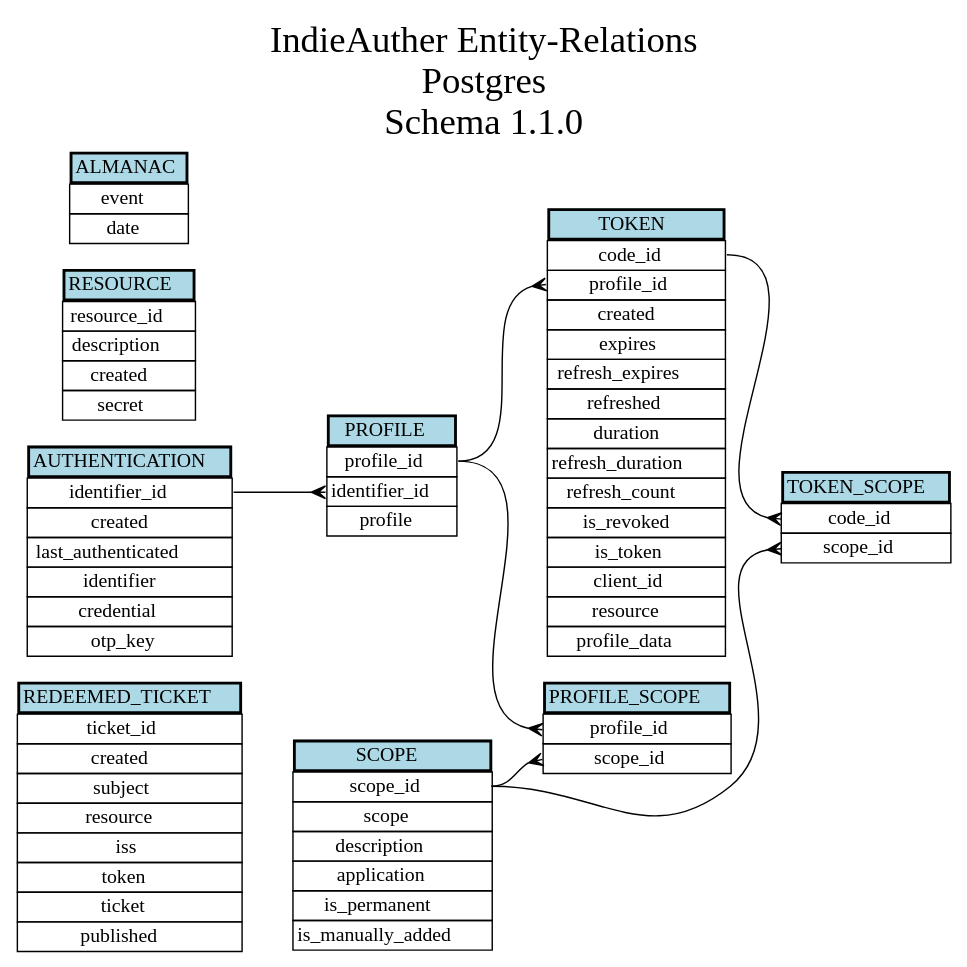
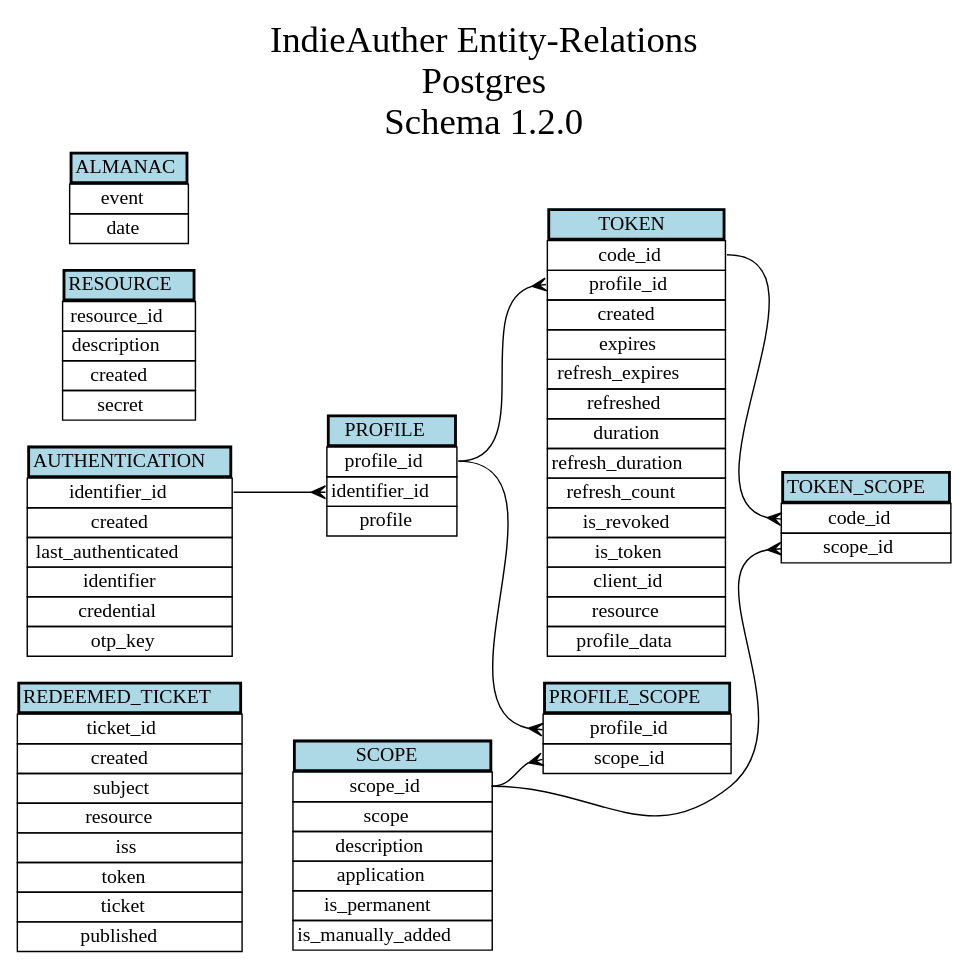
One commit to thylacine/indie-auther changed the diagram in src/db/postgres/sql/schema/1.2.0/er.dot. Above: the diagram before and after it, drawn with Graphviz. The commit also changed 3 other files, not shown here.

Commit message:
fix latest db schema erd version

```diff
--- a/src/db/postgres/sql/schema/1.2.0/er.dot
+++ b/src/db/postgres/sql/schema/1.2.0/er.dot
@@ -1,121 +1,121 @@
 digraph indieAutherERD {
 	graph[
 		rankdir=LR,
 		overlap=false,
 		splines=true,
-		label="IndieAuther Entity-Relations\nPostgres\nSchema 1.1.0",
+		label="IndieAuther Entity-Relations\nPostgres\nSchema 1.2.0",
 		labelloc="t",
 		fontsize=26,
 	];
 	// layout=neato;
 	node[shape=plain];
 	edge[arrowhead=crow];
 
 	redeemed_ticket [label=<
 	<table cellspacing="0" cellborder="1" border="0">
 		<tr><td border="2" bgcolor="lightblue">REDEEMED_TICKET</td></tr>
 		<tr><td port="pk_ticket_id">ticket_id</td></tr>
 		<tr><td port="">created</td></tr>
 		<tr><td port="">subject</td></tr>
 		<tr><td port="">resource</td></tr>
 		<tr><td port="">iss</td></tr>
 		<tr><td port="">token</td></tr>
 		<tr><td port="">ticket</td></tr>
 		<tr><td port="">published</td></tr>
 	</table>
 	>]
 
 	token [label=<
 	<table cellspacing="0" cellborder="1" border="0">
 		<tr><td border="2" bgcolor="lightblue">TOKEN</td></tr>
 		<tr><td port="pk_code_id">code_id</td></tr>
 		<tr><td port="fk_profile_id">profile_id</td></tr>
 		<tr><td port="">created</td></tr>
 		<tr><td port="">expires</td></tr>
 		<tr><td port="">refresh_expires</td></tr>
 		<tr><td port="">refreshed</td></tr>
 		<tr><td port="">duration</td></tr>
 		<tr><td port="">refresh_duration</td></tr>
 		<tr><td port="">refresh_count</td></tr>
 		<tr><td port="">is_revoked</td></tr>
 		<tr><td port="">is_token</td></tr>
 		<tr><td port="">client_id</td></tr>
 		<tr><td port="">resource</td></tr>
 		<tr><td port="">profile_data</td></tr>
 	</table>
 	>];
 	profile:pk_profile_id -> token:fk_profile_id;
 
 	scope [label=<
 	<table cellspacing="0" cellborder="1" border="0">
 		<tr><td border="2" bgcolor="lightblue">SCOPE</td></tr>
 		<tr><td port="pk_scope_id">scope_id</td></tr>
 		<tr><td port="">scope</td></tr>
 		<tr><td port="">description</td></tr>
 		<tr><td port="">application</td></tr>
 		<tr><td port="">is_permanent</td></tr>
 		<tr><td port="">is_manually_added</td></tr>
 	</table>
 	>];
 
 	token_scope [label=<
 	<table cellspacing="0" cellborder="1" border="0">
 		<tr><td border="2" bgcolor="lightblue">TOKEN_SCOPE</td></tr>
 		<tr><td port="fk_code_id">code_id</td></tr>
 		<tr><td port="fk_scope_id">scope_id</td></tr>
 	</table>
 	>];
 	token:pk_code_id -> token_scope:fk_code_id;
 	scope:pk_scope_id -> token_scope:fk_scope_id;
 
 	profile [label=<
 	<table cellspacing="0" cellborder="1" border="0">
 		<tr><td border="2" bgcolor="lightblue">PROFILE</td></tr>
 		<tr><td port="pk_profile_id">profile_id</td></tr>
 		<tr><td port="fk_identifier_id">identifier_id</td></tr>
 		<tr><td port="">profile</td></tr>
 	</table>
 	>];
 	authentication:pk_identifier_id -> profile:fk_identifier_id;
 
 	profile_scope [label=<
 	<table cellspacing="0" cellborder="1" border="0">
 		<tr><td border="2" bgcolor="lightblue">PROFILE_SCOPE</td></tr>
 		<tr><td port="fk_profile_id">profile_id</td></tr>
 		<tr><td port="fk_scope_id">scope_id</td></tr>
 	</table>
 	>];
 	profile:pk_profile_id -> profile_scope:fk_profile_id;
 	scope:pk_scope_id -> profile_scope:fk_scope_id;
 
 	authentication [label=<
 	<table cellspacing="0" cellborder="1" border="0">
 			<tr><td border="2" bgcolor="lightblue">AUTHENTICATION</td></tr>
 			<tr><td port="pk_identifier_id">identifier_id</td></tr>
 			<tr><td port="">created</td></tr>
 			<tr><td port="">last_authenticated</td></tr>
 			<tr><td port="">identifier</td></tr>
 			<tr><td port="">credential</td></tr>
 			<tr><td port="">otp_key</td></tr>
 	</table>
 	>];
 
 	resource [label=<
 	<table cellspacing="0" cellborder="1" border="0">
 		<tr><td border="2" bgcolor="lightblue">RESOURCE</td></tr>
 		<tr><td port="pk_resource_id">resource_id</td></tr>
 		<tr><td port="">description</td></tr>
 		<tr><td port="">created</td></tr>
 		<tr><td port="">secret</td></tr>
 	</table>
 	>];
 
 	almanac [label=<
 	<table cellspacing="0" cellborder="1" border="0">
 		<tr><td border="2" bgcolor="lightblue">ALMANAC</td></tr>
 		<tr><td port="pk_event">event</td></tr>
 		<tr><td port="">date</td></tr>
 	</table>
 	>];
 
 }
```
